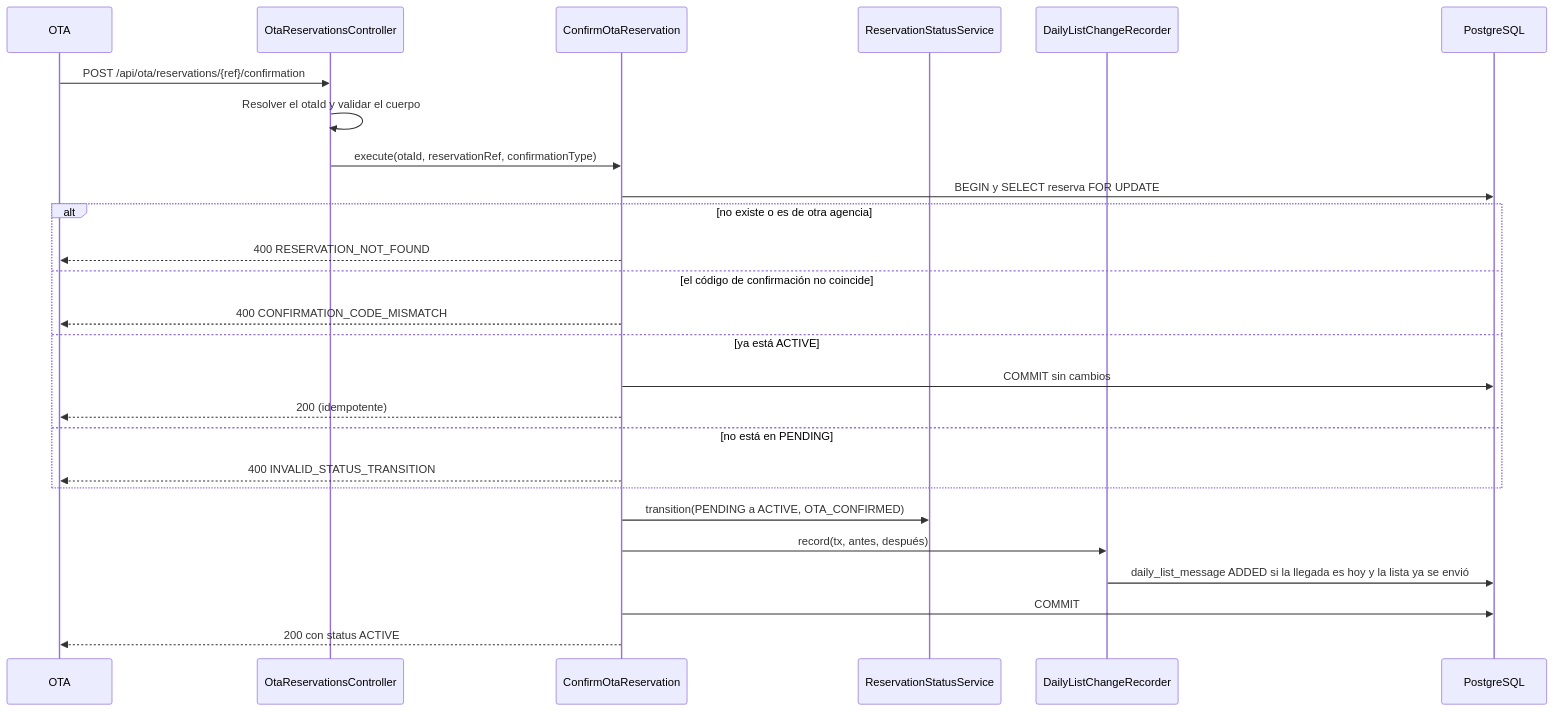
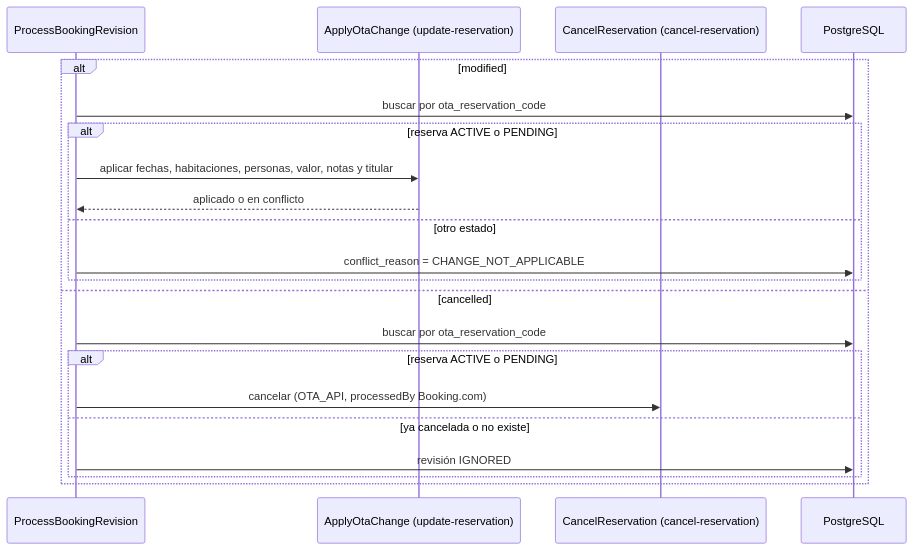
Before and after one commit to Lapicero312-lapi/HOSPITUA-MOD-2: the second of 2 diagrams in specs/generate-ota-reservation/plan.md, drawn with Mermaid. The commit also changed other lines of this file, not shown here.

Commit message:
docs(specs): plan de generar reservación por OTA con el feed de Channex

````diff
--- a/specs/generate-ota-reservation/plan.md
+++ b/specs/generate-ota-reservation/plan.md
@@ -279,29 +237,24 @@
 ```mermaid
 sequenceDiagram
-    participant O as OTA
-    participant C as OtaReservationsController
-    participant U as ConfirmOtaReservation
-    participant S as ReservationStatusService
-    participant L as DailyListChangeRecorder
+    participant U as ProcessBookingRevision
+    participant A as ApplyOtaChange (update-reservation)
+    participant C as CancelReservation (cancel-reservation)
     participant DB as PostgreSQL
 
-    O->>C: POST /api/ota/reservations/{ref}/confirmation
-    C->>C: Resolver el otaId y validar el cuerpo
-    C->>U: execute(otaId, reservationRef, confirmationType)
-    U->>DB: BEGIN y SELECT reserva FOR UPDATE
-    alt no existe o es de otra agencia
-        U-->>O: 400 RESERVATION_NOT_FOUND
-    else el código de confirmación no coincide
-        U-->>O: 400 CONFIRMATION_CODE_MISMATCH
-    else ya está ACTIVE
-        U->>DB: COMMIT sin cambios
-        U-->>O: 200 (idempotente)
-    else no está en PENDING
-        U-->>O: 400 INVALID_STATUS_TRANSITION
+    alt modified
+        U->>DB: buscar por ota_reservation_code
+        alt reserva ACTIVE o PENDING
+            U->>A: aplicar fechas, habitaciones, personas, valor, notas y titular
+            A-->>U: aplicado o en conflicto
+        else otro estado
+            U->>DB: conflict_reason = CHANGE_NOT_APPLICABLE
+        end
+    else cancelled
+        U->>DB: buscar por ota_reservation_code
+        alt reserva ACTIVE o PENDING
+            U->>C: cancelar (OTA_API, processedBy Booking.com)
+        else ya cancelada o no existe
+            U->>DB: revisión IGNORED
+        end
     end
-    U->>S: transition(PENDING a ACTIVE, OTA_CONFIRMED)
-    U->>L: record(tx, antes, después)
-    L->>DB: daily_list_message ADDED si la llegada es hoy y la lista ya se envió
-    U->>DB: COMMIT
-    U-->>O: 200 con status ACTIVE
 ```
````
